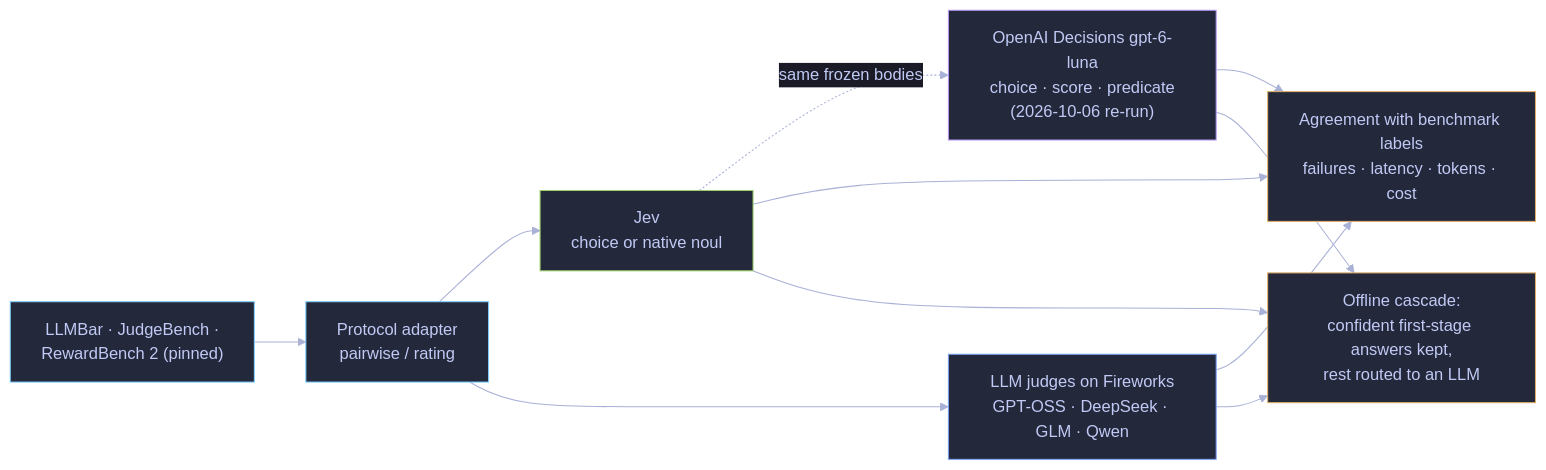
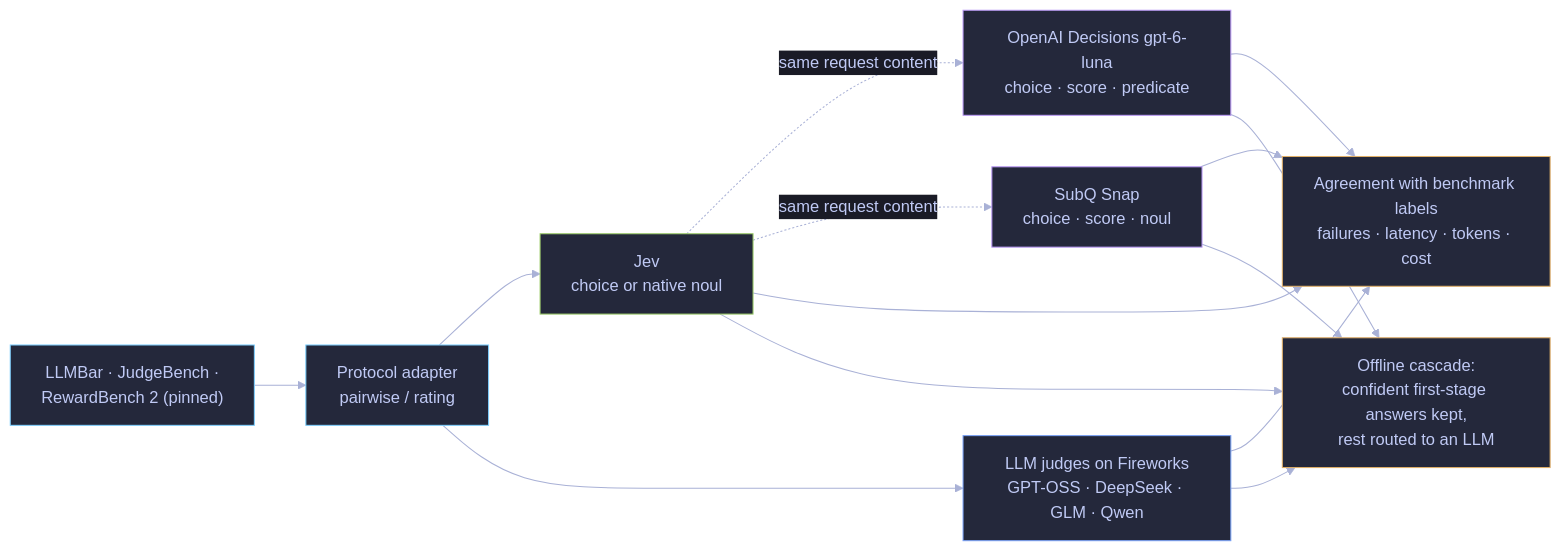
One commit to dorkitude/decision-model-testing changed the first of 2 diagrams in experiments/jev-vs-LLM-for-evals/README.md. Above: the diagram before and after it, drawn with Mermaid. The commit also changed other lines of this file and 57 other files, not shown here.

````diff
--- a/experiments/jev-vs-LLM-for-evals/README.md
+++ b/experiments/jev-vs-LLM-for-evals/README.md
@@ -17,24 +17,27 @@
 ```mermaid
 %%{init: {"theme": "base", "themeVariables": {"background": "#1a1b26", "primaryColor": "#24283b", "primaryTextColor": "#c0caf5", "textColor": "#c0caf5", "primaryBorderColor": "#7aa2f7", "lineColor": "#a9b1d6", "edgeLabelBackground": "#1a1b26"}}}%%
 flowchart LR
     D["LLMBar · JudgeBench ·<br/>RewardBench 2 (pinned)"] --> P["Protocol adapter<br/>pairwise / rating"]
     P --> J["Jev<br/>choice or native noul"]
     P --> L["LLM judges on Fireworks<br/>GPT-OSS · DeepSeek · GLM · Qwen"]
-    J -. "same frozen bodies" .-> O["OpenAI Decisions gpt-6-luna<br/>choice · score · predicate<br/>(2026-10-06 re-run)"]
+    J -. "same request content" .-> O["OpenAI Decisions gpt-6-luna<br/>choice · score · predicate"]
+    J -. "same request content" .-> S["SubQ Snap<br/>choice · score · noul"]
     J --> M["Agreement with benchmark labels<br/>failures · latency · tokens · cost"]
     L --> M
     O --> M
+    S --> M
     J --> R["Offline cascade:<br/>confident first-stage answers kept,<br/>rest routed to an LLM"]
     O --> R
+    S --> R
     L --> R
     classDef shared fill:#24283b,stroke:#7dcfff,color:#c0caf5;
     classDef baseline fill:#24283b,stroke:#7aa2f7,color:#c0caf5;
     classDef jev fill:#24283b,stroke:#9ece6a,color:#c0caf5;
     classDef decisions fill:#24283b,stroke:#bb9af7,color:#c0caf5;
     classDef score fill:#24283b,stroke:#e0af68,color:#c0caf5;
     class D,P shared;
     class L baseline;
     class J jev;
-    class O decisions;
+    class O,S decisions;
     class M,R score;
 ```
````
